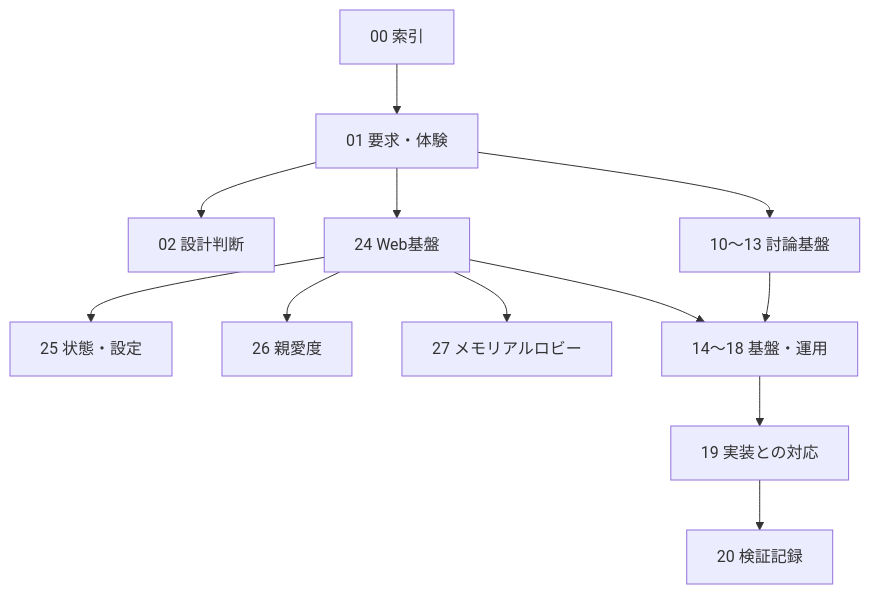
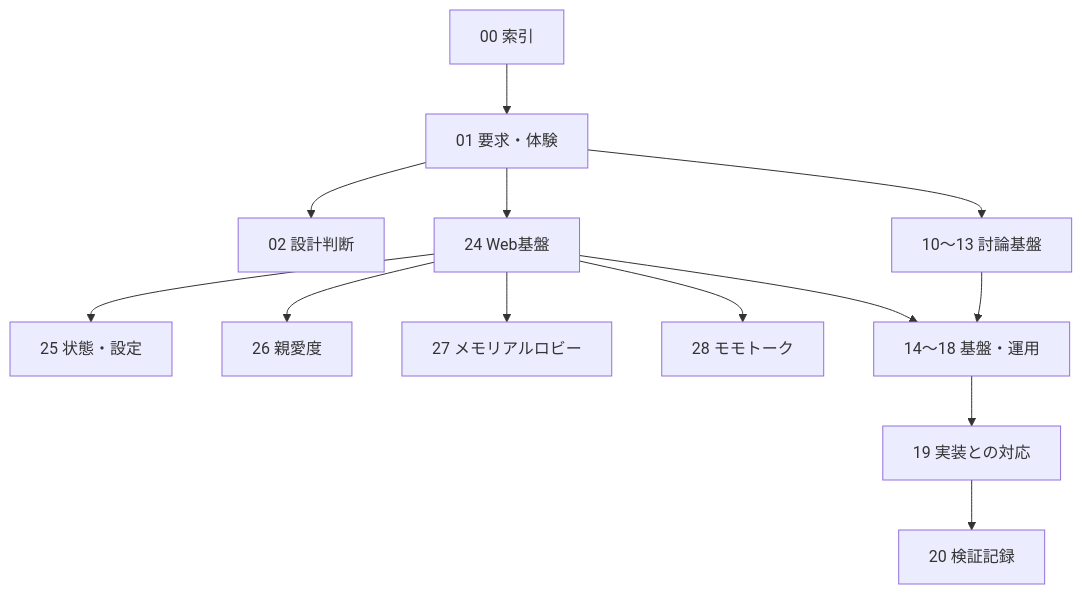
Before and after one commit to pitekusu/shittim-chest: the diagram in docs/00_シッテムの箱_ドキュメント索引.md, drawn with Mermaid. The commit also changed other lines of this file and 95 other files, not shown here.

````diff
--- a/docs/00_シッテムの箱_ドキュメント索引.md
+++ b/docs/00_シッテムの箱_ドキュメント索引.md
@@ -26,14 +26,15 @@
 ```mermaid
 flowchart TD
     Entry[00 索引] --> Product[01 要求・体験]
     Product --> Decisions[02 設計判断]
     Product --> Core[10〜13 討論基盤]
     Product --> Web[24 Web基盤]
     Web --> Admin[25 状態・設定]
     Web --> Affection[26 親愛度]
     Web --> Memorial[27 メモリアルロビー]
+    Web --> Momotalk[28 モモトーク]
     Core --> Operations[14〜18 基盤・運用]
     Web --> Operations
     Operations --> Trace[19 実装との対応]
     Trace --> Evidence[20 検証記録]
 ```
````
